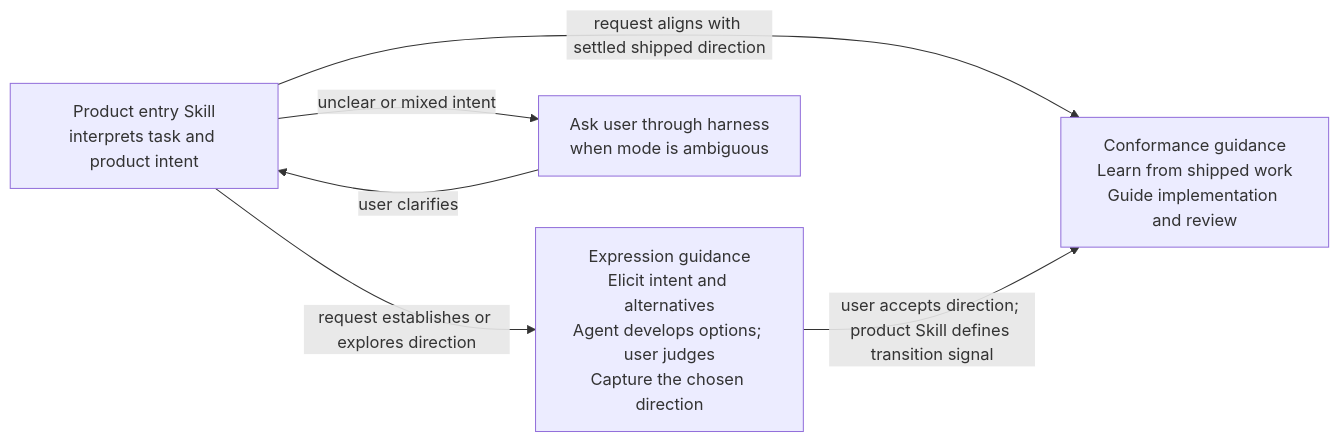
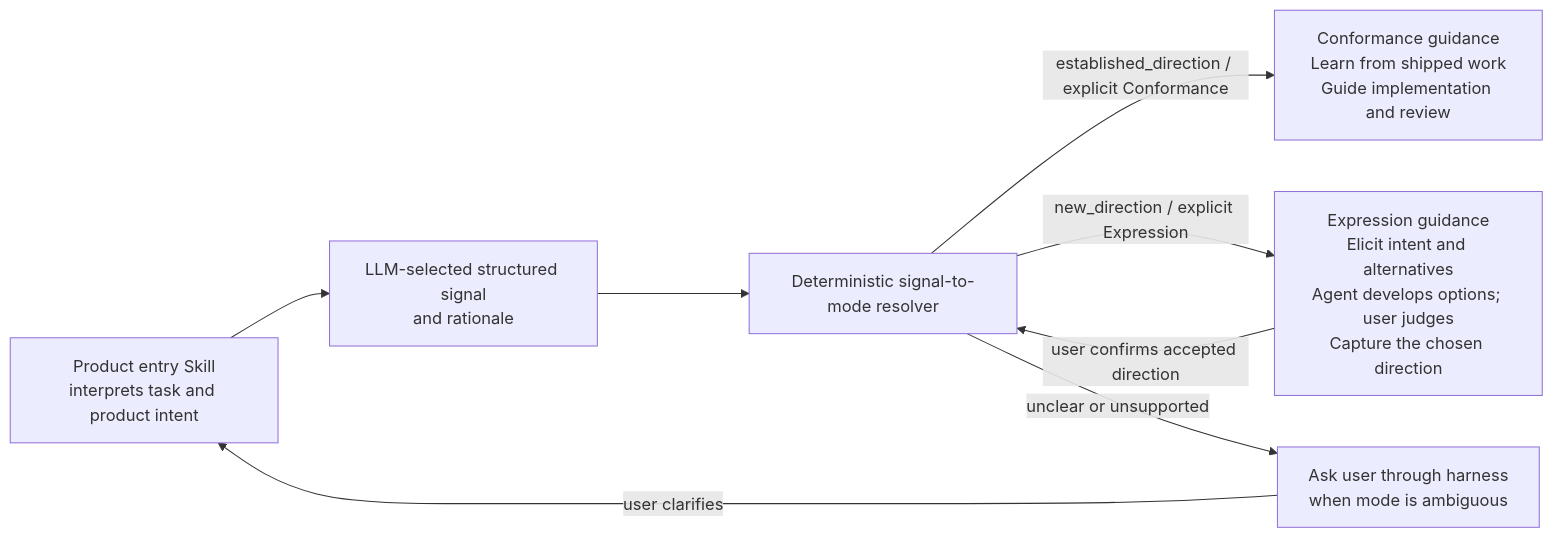
Before and after one commit to gksoriginals/taste: the fifth of 5 diagrams in docs/engineering.md, drawn with Mermaid. The commit also changed other lines of this file and 18 other files, not shown here.

````diff
--- a/docs/engineering.md
+++ b/docs/engineering.md
@@ -397,12 +421,15 @@
 ```mermaid
 flowchart LR
   Skill[Product entry Skill<br/>interprets task and product intent]
+  Signal[LLM-selected structured signal<br/>and rationale]
+  Resolver[Deterministic signal-to-mode resolver]
   Conformance[Conformance guidance<br/>Learn from shipped work<br/>Guide implementation and review]
   Expression[Expression guidance<br/>Elicit intent and alternatives<br/>Agent develops options; user judges<br/>Capture the chosen direction]
   Ask[Ask user through harness<br/>when mode is ambiguous]
-  Skill -->|request aligns with settled shipped direction| Conformance
-  Skill -->|request establishes or explores direction| Expression
-  Skill -->|unclear or mixed intent| Ask
+  Skill --> Signal --> Resolver
+  Resolver -->|established_direction / explicit Conformance| Conformance
+  Resolver -->|new_direction / explicit Expression| Expression
+  Resolver -->|unclear or unsupported| Ask
   Ask -->|user clarifies| Skill
-  Expression -->|user accepts direction; product Skill defines transition signal| Conformance
+  Expression -->|user confirms accepted direction| Resolver
 ```
````
